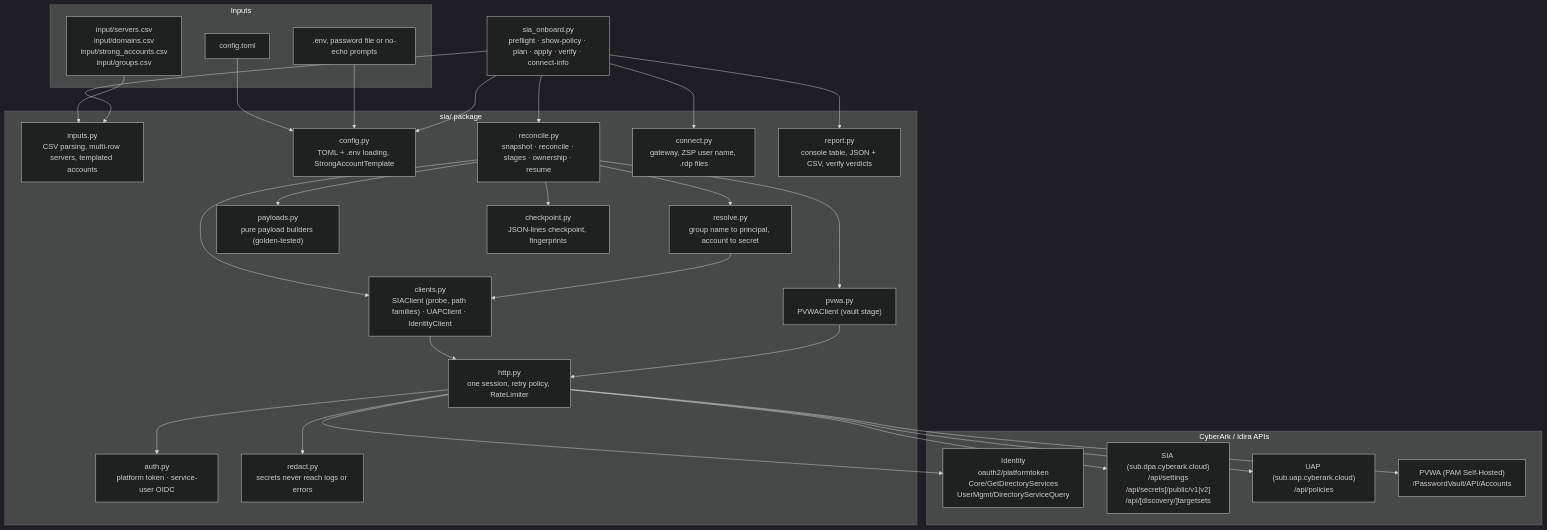
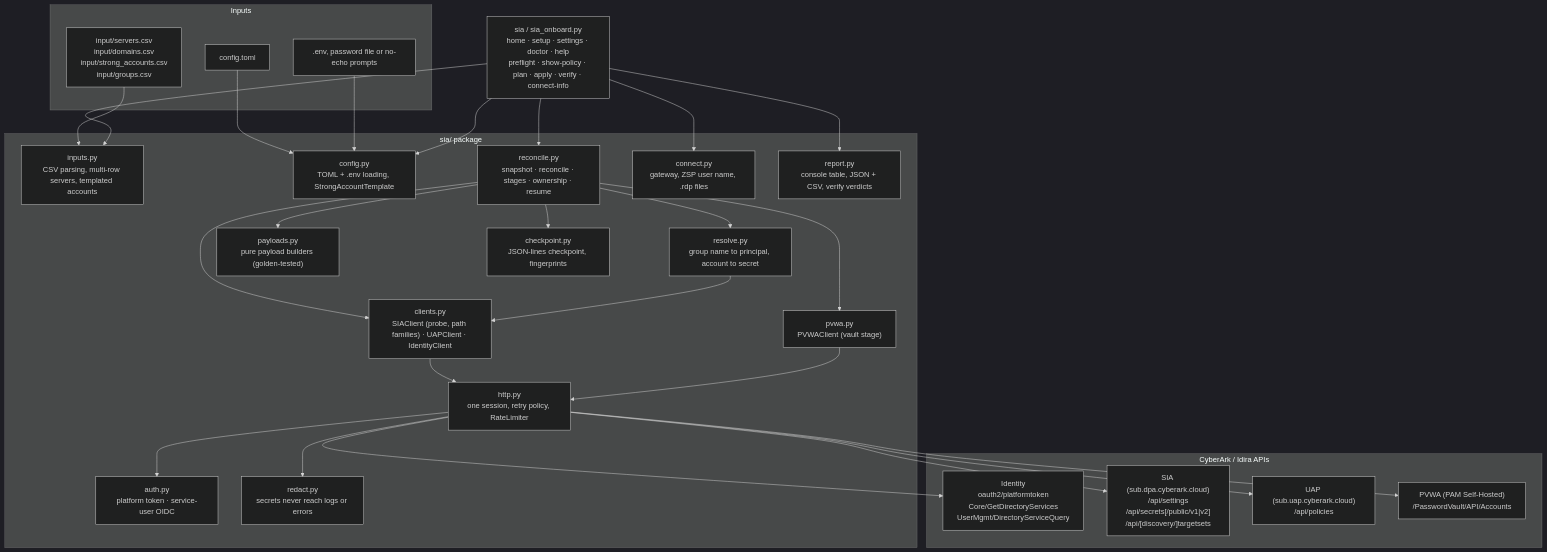
The first of 3 diagrams in docs/DEVELOPER.md (umair-wwt/sia-policy), drawn with Mermaid (dark theme) before and after one commit. The commit also changed other lines of this file and 69 other files, not shown here.

````diff
--- a/docs/DEVELOPER.md
+++ b/docs/DEVELOPER.md
@@ -29,52 +30,52 @@
 ```mermaid
 flowchart TB
     subgraph inputs["Inputs"]
         CSV["input/servers.csv<br/>input/domains.csv<br/>input/strong_accounts.csv<br/>input/groups.csv"]
         CFG["config.toml"]
         ENV[".env, password file or no-echo prompts"]
     end
-    CLI["sia_onboard.py<br/>preflight · show-policy · plan · apply · verify · connect-info"]
+    CLI["sia / sia_onboard.py<br/>home · setup · settings · doctor · help<br/>preflight · show-policy · plan · apply · verify · connect-info"]
     subgraph core["sia/ package"]
         INP["inputs.py<br/>CSV parsing, multi-row servers, templated accounts"]
         CONF["config.py<br/>TOML + .env loading, StrongAccountTemplate"]
         REC["reconcile.py<br/>snapshot · reconcile · stages · ownership · resume"]
         RES["resolve.py<br/>group name to principal, account to secret"]
         PAY["payloads.py<br/>pure payload builders (golden-tested)"]
         CL["clients.py<br/>SIAClient (probe, path families) · UAPClient · IdentityClient"]
         PV["pvwa.py<br/>PVWAClient (vault stage)"]
         HTTP["http.py<br/>one session, retry policy, RateLimiter"]
         AUTH["auth.py<br/>platform token · service-user OIDC"]
         RED["redact.py<br/>secrets never reach logs or errors"]
         CK["checkpoint.py<br/>JSON-lines checkpoint, fingerprints"]
         CON["connect.py<br/>gateway, ZSP user name, .rdp files"]
         REP["report.py<br/>console table, JSON + CSV, verify verdicts"]
     end
     subgraph apis["CyberArk / Idira APIs"]
         ID["Identity<br/>oauth2/platformtoken<br/>Core/GetDirectoryServices<br/>UserMgmt/DirectoryServiceQuery"]
         DPA["SIA (sub.dpa.cyberark.cloud)<br/>/api/settings<br/>/api/secrets[/public/v1|v2]<br/>/api/[discovery/]targetsets"]
         UAPI["UAP (sub.uap.cyberark.cloud)<br/>/api/policies"]
         PVWA["PVWA (PAM Self-Hosted)<br/>/PasswordVault/API/Accounts"]
     end
     CSV --> INP
     CFG --> CONF
     ENV --> CONF
     CLI --> INP
     CLI --> CONF
     CLI --> REC
     CLI --> REP
     CLI --> CON
     REC --> RES
     REC --> PAY
     REC --> CL
     REC --> PV
     REC --> CK
     RES --> CL
     CL --> HTTP
     PV --> HTTP
     HTTP --> AUTH
     HTTP --> RED
     HTTP --> ID
     HTTP --> DPA
     HTTP --> UAPI
     HTTP --> PVWA
 ```
````
